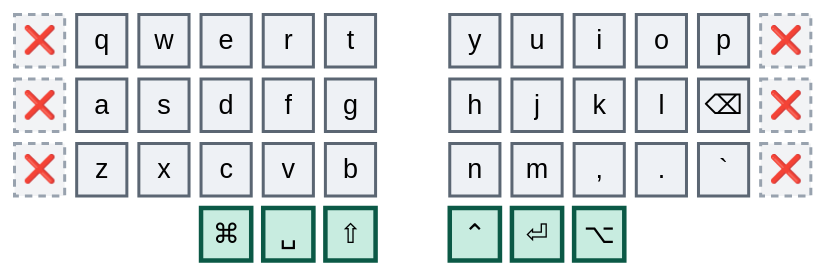
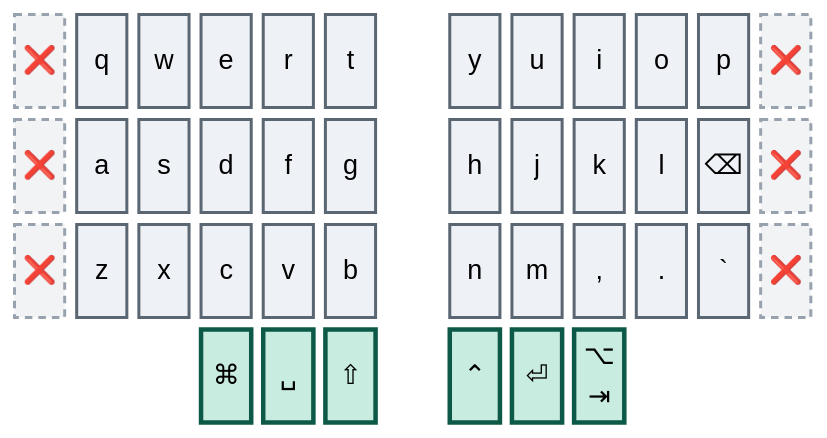
One commit to abloch/zmk-corne changed the fourth of 5 diagrams in 32-keys.he.md. Above: the diagram before and after it, drawn with Mermaid. The commit also changed other lines of this file and 5 other files, not shown here.

````diff
--- a/32-keys.he.md
+++ b/32-keys.he.md
@@ -289,18 +307,18 @@
 ```mermaid
 %%{init: {'theme':'base','themeVariables':{'primaryColor':'#eef1f5','primaryTextColor':'#0b0f14','primaryBorderColor':'#5b6673','nodeTextColor':'#0b0f14','textColor':'#0b0f14','mainBkg':'#eef1f5','fontSize':'18px'}}}%%
 block
 columns 13
 
   xl1["❌"] q w e r t space y u i o p xr1["❌"]
   xl2["❌"] a s d f g space h j k l bspc["⌫"] xr2["❌"]
   xl3["❌"] z x c v b space n m cma[","] dot["."] grv[" `"] xr3["❌"]
-  space:3 cmd["⌘"] spc["␣"] sft["⇧"] space ctl["⌃"] ent["⏎"] alt["⌥"] space:3
+  space:3 cmd["⌘"] spc["␣"] sft["⇧"] space ctl["⌃"] ent["⏎"] alt["⌥<br/>⇥"] space:3
 
   classDef dead fill:#f2f3f5,stroke:#98a2ae,stroke-width:2px,stroke-dasharray:5 4,color:#5b6673
   classDef core fill:#eef1f5,stroke:#5b6673,stroke-width:2px,color:#0b0f14
   classDef thumb fill:#c8ece0,stroke:#0b5946,stroke-width:3px,color:#06241c
 
   class xl1,xl2,xl3,xr1,xr2,xr3 dead
   class q,w,e,r,t,a,s,d,f,g,z,x,c,v,b,y,u,i,o,p,h,j,k,l,bspc,n,m,cma,dot,grv core
   class cmd,spc,sft,ctl,ent,alt thumb
 ```
````
